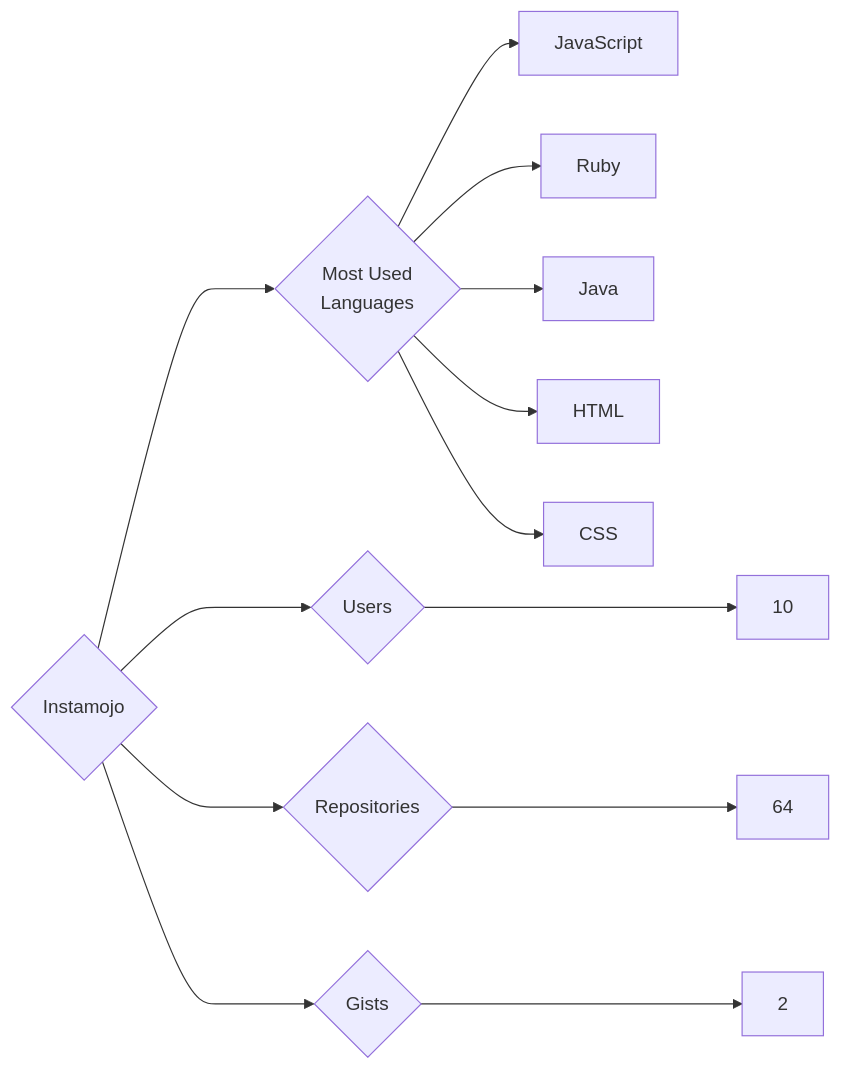
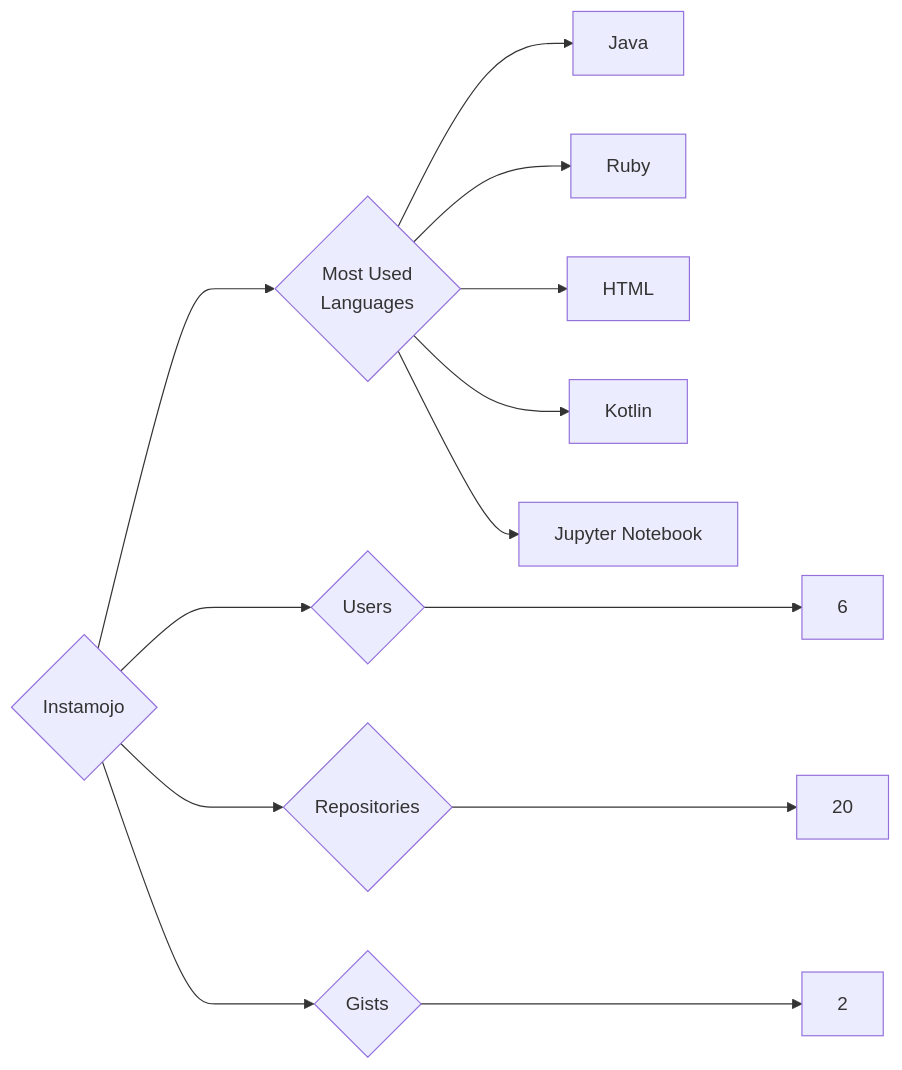
The diagram in targets/Instamojo/README.md (trickest/insiders), drawn with Mermaid before and after one commit. The commit also changed 993 other files, not shown here.

````diff
--- a/targets/Instamojo/README.md
+++ b/targets/Instamojo/README.md
@@ -3,13 +3,13 @@
 ```mermaid
 graph LR
 COMPANY_NAME{Instamojo}
-COMPANY_NAME ---> U{Users} ---> UN[10]
-COMPANY_NAME ---> R{Repositories} ---> RN[64]
+COMPANY_NAME ---> U{Users} ---> UN[6]
+COMPANY_NAME ---> R{Repositories} ---> RN[20]
 COMPANY_NAME ---> G{Gists} ---> GN[2]
 COMPANY_NAME ---> ML{Most Used<br>Languages}
-ML --> JavaScript[JavaScript]
+ML --> Java[Java]
 ML --> Ruby[Ruby]
-ML --> Java[Java]
 ML --> HTML[HTML]
-ML --> CSS[CSS]
+ML --> Kotlin[Kotlin]
+ML --> Jupyter_Notebook[Jupyter Notebook]
 ```
````
